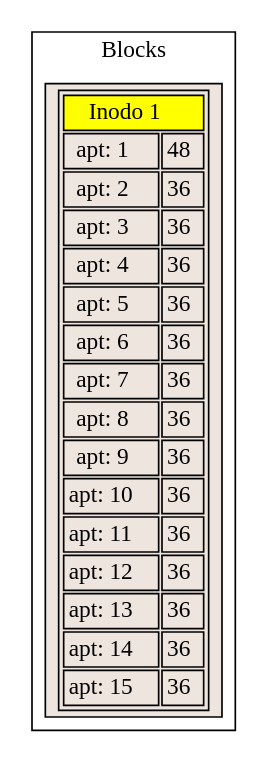
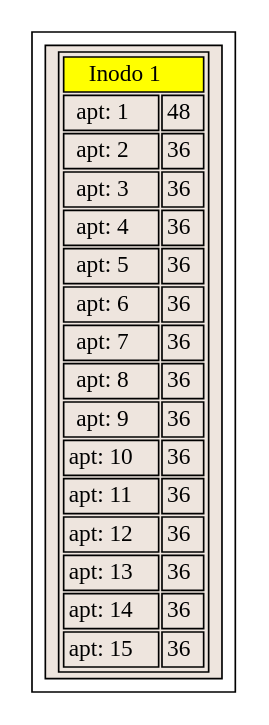
Before and after one commit to NatalyDuarte/MIA_P1_202001570: the diagram in Tree.dot, drawn with Graphviz. The commit also changed 21 other files, not shown here.

```diff
--- a/Tree.dot
+++ b/Tree.dot
@@ -1,53 +1,53 @@
 digraph grafica{
 rankdir=TB;
 node [shape = record, style=filled, fillcolor=seashell2];
 subgraph cluster_s {
- label="Blocks"
+ label=""
 tbl_s [shape=box, label=<
 <TABLE><tr> <td colspan="2" bgcolor="yellow">Inodo 1</td> </tr><tr>
 					<td>apt: 1</td>
 					<td>48</td>
 				</tr><tr>
 					<td>apt: 2</td>
 					<td>36</td>
 				</tr><tr>
 					<td>apt: 3</td>
 					<td>36</td>
 				</tr><tr>
 					<td>apt: 4</td>
 					<td>36</td>
 				</tr><tr>
 					<td>apt: 5</td>
 					<td>36</td>
 				</tr><tr>
 					<td>apt: 6</td>
 					<td>36</td>
 				</tr><tr>
 					<td>apt: 7</td>
 					<td>36</td>
 				</tr><tr>
 					<td>apt: 8</td>
 					<td>36</td>
 				</tr><tr>
 					<td>apt: 9</td>
 					<td>36</td>
 				</tr><tr>
 					<td>apt: 10</td>
 					<td>36</td>
 				</tr><tr>
 					<td>apt: 11</td>
 					<td>36</td>
 				</tr><tr>
 					<td>apt: 12</td>
 					<td>36</td>
 				</tr><tr>
 					<td>apt: 13</td>
 					<td>36</td>
 				</tr><tr>
 					<td>apt: 14</td>
 					<td>36</td>
 				</tr><tr>
 					<td>apt: 15</td>
 					<td>36</td>
 				</tr></TABLE>>];}
 }
```
